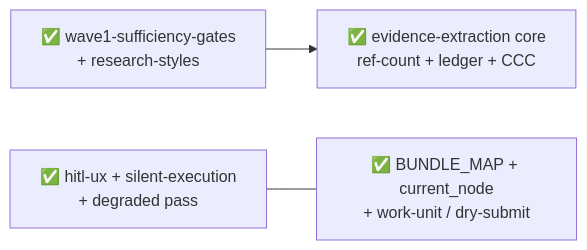
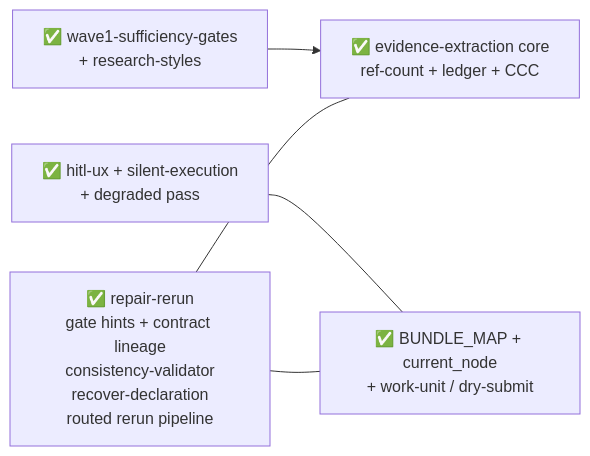
One commit to ethan-jiang-1/ai_tool_deepresearch changed the first of 5 diagrams in _backlog/todos/README.md. Above: the diagram before and after it, drawn with Mermaid. The commit also changed other lines of this file and 8 other files, not shown here.

First line of the commit message:
docs(todos): sync backlog todos to post-repair-rerun baseline

````diff
--- a/_backlog/todos/README.md
+++ b/_backlog/todos/README.md
@@ -47,9 +49,12 @@
 ```mermaid
 flowchart LR
   S["✅ wave1-sufficiency-gates<br/>+ research-styles"]
   E["✅ evidence-extraction core<br/>ref-count + ledger + CCC"]
   H["✅ hitl-ux + silent-execution<br/>+ degraded pass"]
   B["✅ BUNDLE_MAP + current_node<br/>+ work-unit / dry-submit"]
+  R["✅ repair-rerun<br/>gate hints + contract lineage<br/>consistency-validator<br/>recover-declaration<br/>routed rerun pipeline"]
   S --> E
   H --- B
+  R --- E
+  R --- B
 ```
````
